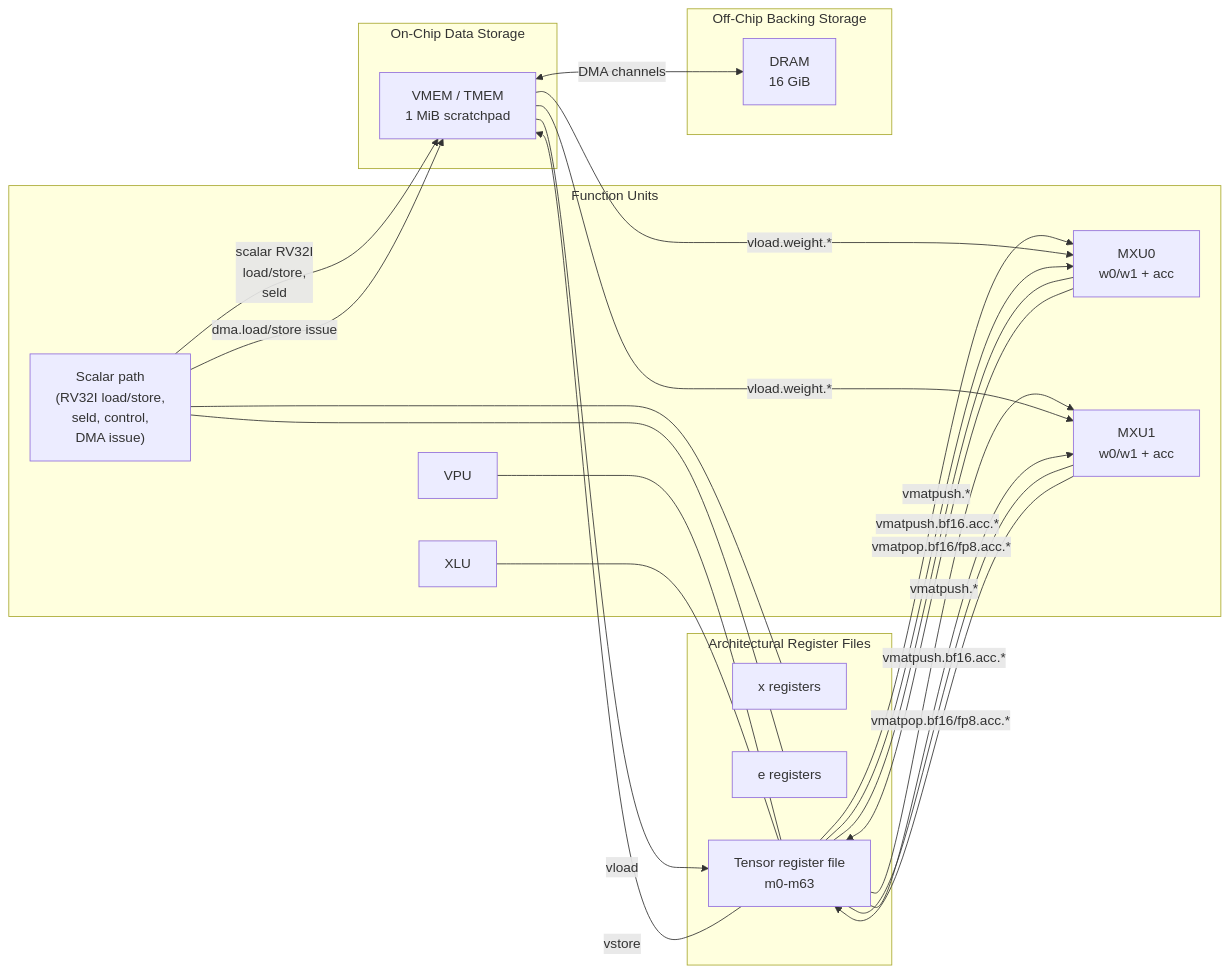
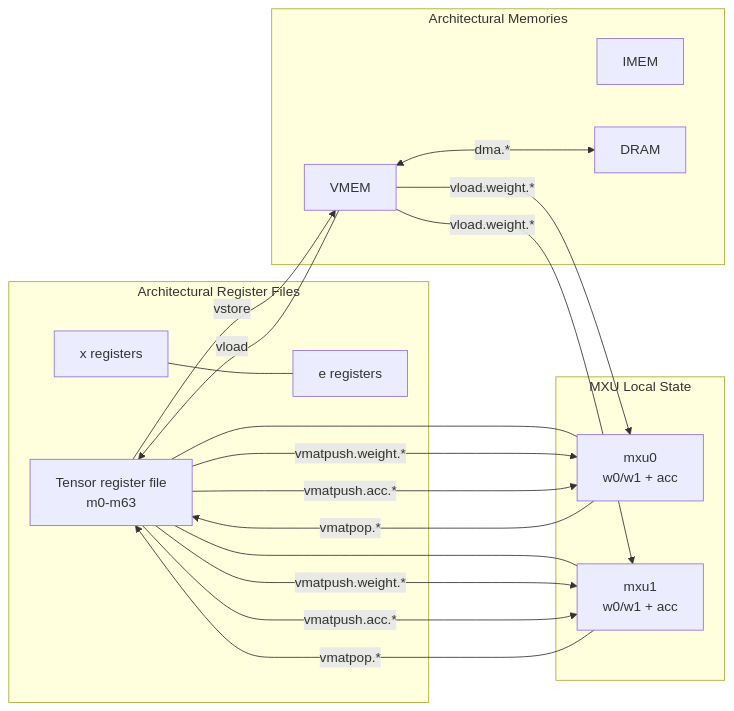
The diagram in docs/specs/architecture-spec.md (penguin-tpu/Penguin-TPU), drawn with Mermaid before and after one commit. The commit also changed other lines of this file and 2 other files, not shown here.

Commit message:
Update specs for dual MXU accumulators

````diff
--- a/docs/specs/architecture-spec.md
+++ b/docs/specs/architecture-spec.md
@@ -257,46 +237,35 @@
 ```mermaid
 flowchart LR
-    subgraph FU["Function Units"]
-        SALU["Scalar path\n(RV32I load/store,\nseld, control,\nDMA issue)"]
-        MXU0["MXU0\nw0/w1 + acc"]
-        MXU1["MXU1\nw0/w1 + acc"]
-        VPU["VPU"]
-        XLU["XLU"]
-    end
-
     subgraph RF["Architectural Register Files"]
         XREG["x registers"]
         EREG["e registers"]
         MREG["Tensor register file\nm0-m63"]
     end
 
-    subgraph ONCHIP["On-Chip Data Storage"]
-        VMEM["VMEM / TMEM\n1 MiB scratchpad"]
+    subgraph MXU["MXU Local State"]
+        MXU0["mxu0\nw0/w1 + acc"]
+        MXU1["mxu1\nw0/w1 + acc"]
     end
 
-    subgraph OFFCHIP["Off-Chip Backing Storage"]
-        DRAM["DRAM\n16 GiB"]
+    subgraph MEM["Architectural Memories"]
+        IMEM["IMEM"]
+        VMEM["VMEM"]
+        DRAM["DRAM"]
     end
 
-    SALU --- XREG
-    SALU --- EREG
-    MXU0 --- MREG
-    MXU1 --- MREG
-    VPU --- MREG
-    XLU --- MREG
+    XREG --- EREG
+    MREG --- MXU0
+    MREG --- MXU1
 
-    SALU -->|"scalar RV32I\nload/store,\nseld"| VMEM
     VMEM -->|"vload"| MREG
     MREG -->|"vstore"| VMEM
-    MREG -->|"vmatpush.*"| MXU0
-    MREG -->|"vmatpush.*"| MXU1
     VMEM -->|"vload.weight.*"| MXU0
     VMEM -->|"vload.weight.*"| MXU1
-    MREG -->|"vmatpush.bf16.acc.*"| MXU0
-    MREG -->|"vmatpush.bf16.acc.*"| MXU1
-    MXU0 -->|"vmatpop.bf16/fp8.acc.*"| MREG
-    MXU1 -->|"vmatpop.bf16/fp8.acc.*"| MREG
-
-    SALU -->|"dma.load/store issue"| VMEM
-    VMEM <-->|"DMA channels"| DRAM
+    MREG -->|"vmatpush.weight.*"| MXU0
+    MREG -->|"vmatpush.weight.*"| MXU1
+    MREG -->|"vmatpush.acc.*"| MXU0
+    MREG -->|"vmatpush.acc.*"| MXU1
+    MXU0 -->|"vmatpop.*"| MREG
+    MXU1 -->|"vmatpop.*"| MREG
+    VMEM <-->|"dma.*"| DRAM
 ```
````
